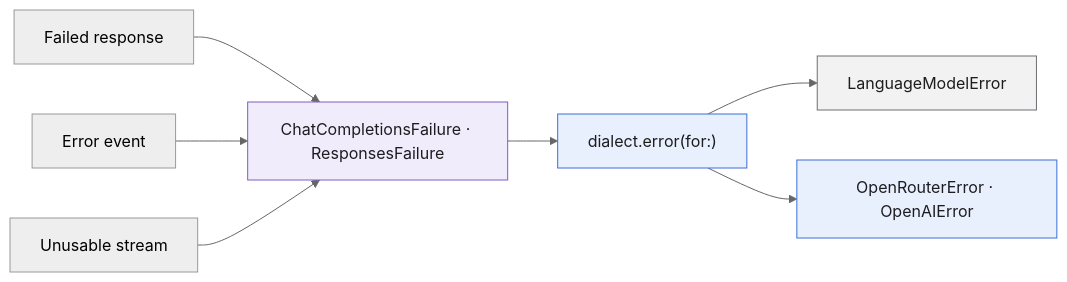
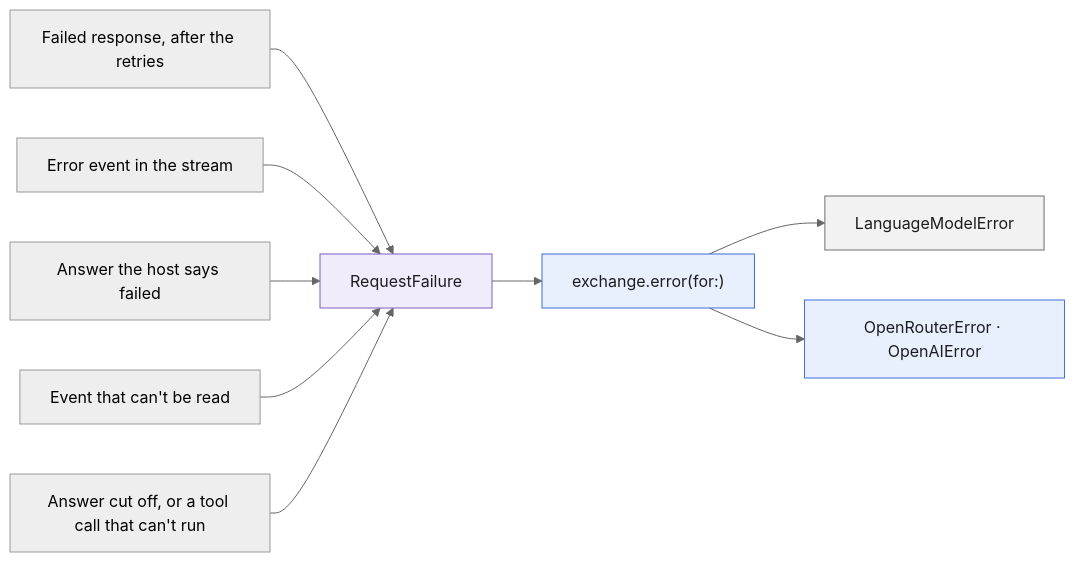
The fourth of 6 diagrams in ARCHITECTURE.md (ironsparrows/swift-language-models), drawn with Mermaid (neutral theme) before and after one commit. The commit also changed other lines of this file and 14 other files, not shown here.

````diff
--- a/ARCHITECTURE.md
+++ b/ARCHITECTURE.md
@@ -167,13 +230,15 @@
 ```mermaid
 flowchart LR
-    rejected["Failed response"] --> failure
-    event["Error event"] --> failure
-    problem["Unusable stream"] --> failure
-    failure["ChatCompletionsFailure · ResponsesFailure"]:::package --> hook["dialect.error(for:)"]:::provider
-    hook --> foundation["LanguageModelError"]:::apple
-    hook --> own["OpenRouterError · OpenAIError"]:::provider
+    rejected["Failed response, after the retries"] --> failure
+    event["Error event in the stream"] --> failure
+    failed["Answer the host says failed"] --> failure
+    unreadable["Event that can't be read"] --> failure
+    unusable["Answer cut off, or a tool call that can't run"] --> failure
+    failure["RequestFailure"]:::package --> map["exchange.error(for:)"]:::provider
+    map --> foundation["LanguageModelError"]:::apple
+    map --> own["OpenRouterError · OpenAIError"]:::provider
 
     classDef package fill:#f1ecfb,stroke:#7c5cc4,color:#1d1d1f
     classDef provider fill:#e8f0fe,stroke:#3b6fd8,color:#1d1d1f
     classDef apple fill:#f2f2f2,stroke:#6e6e73,color:#1d1d1f
 ```
````
